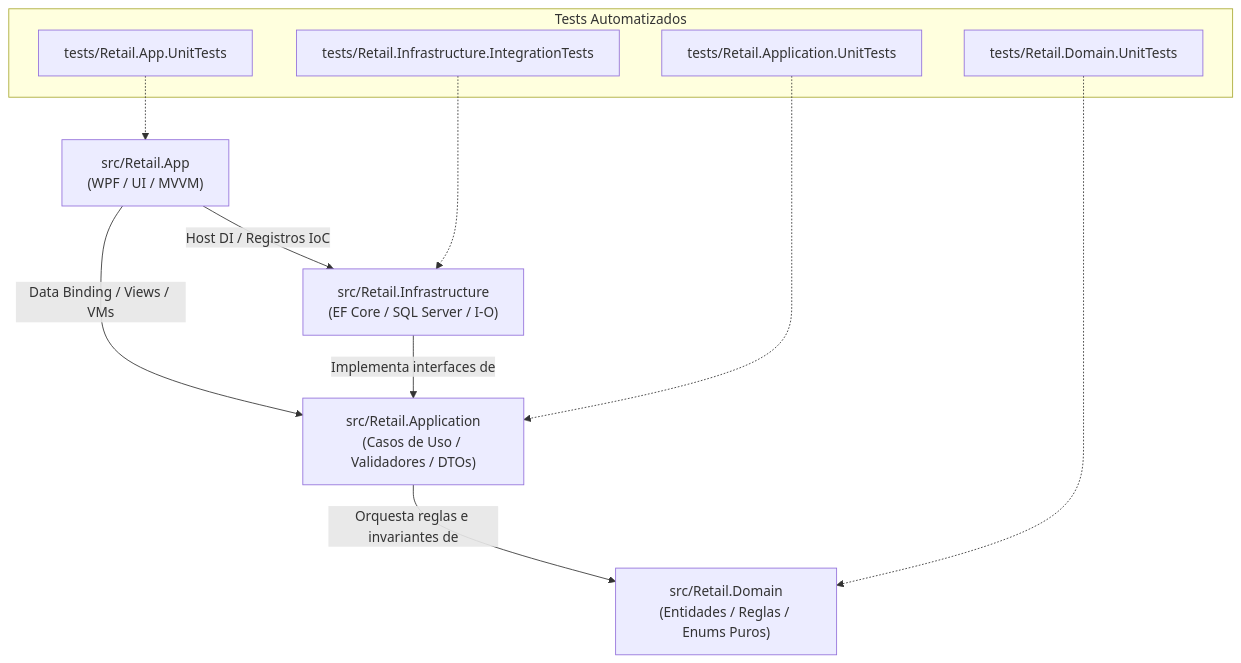
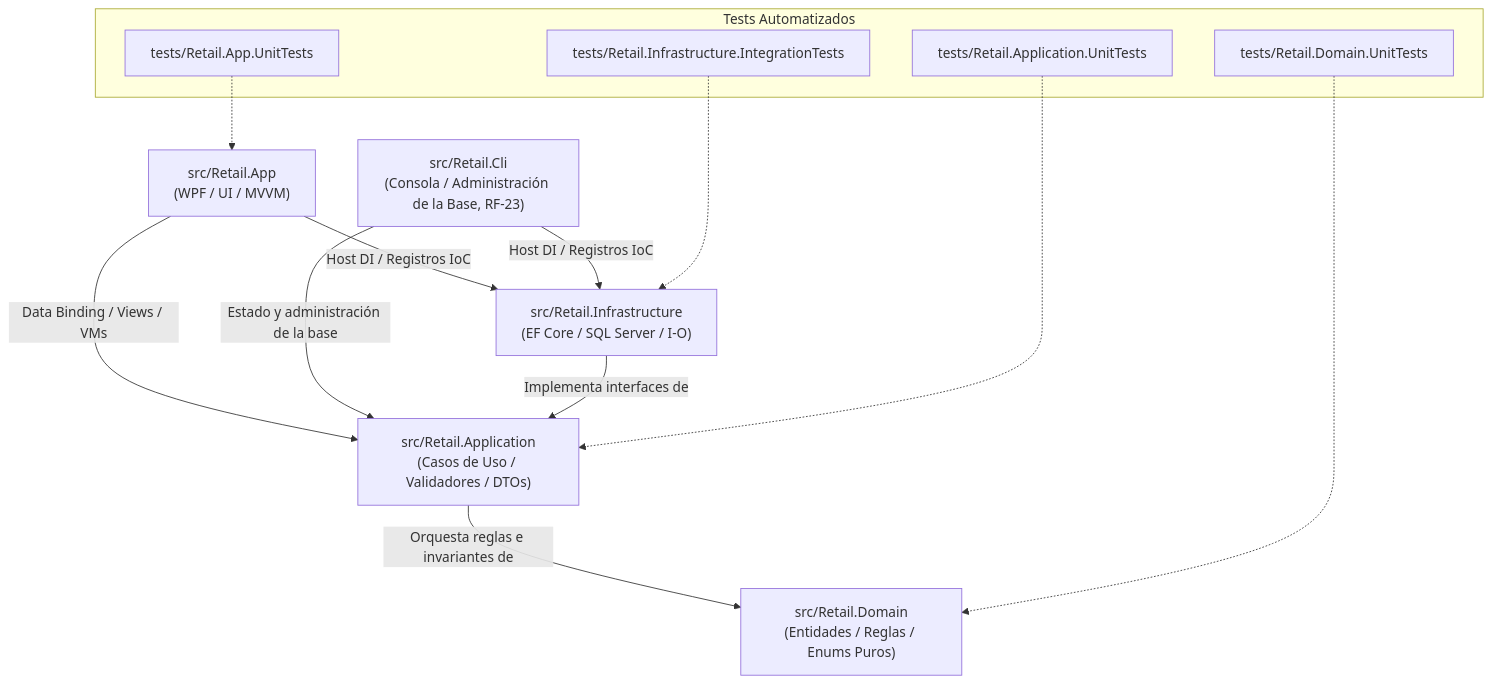
Before and after one commit to lucaskruzolek/retail: the diagram in docs/MAPA_DEL_PROYECTO.md, drawn with Mermaid. The commit also changed other lines of this file and 51 other files, not shown here.

First line of the commit message:
feat(restore): restauración sobre base temporal con intercambio y Retail.Cli restaurar

````diff
--- a/docs/MAPA_DEL_PROYECTO.md
+++ b/docs/MAPA_DEL_PROYECTO.md
@@ -10,24 +10,27 @@
 ```mermaid
 graph TD
     APP["src/Retail.App\n(WPF / UI / MVVM)"]
+    CLI["src/Retail.Cli\n(Consola / Administración de la Base, RF-23)"]
     INFRA["src/Retail.Infrastructure\n(EF Core / SQL Server / I-O)"]
     CORE["src/Retail.Application\n(Casos de Uso / Validadores / DTOs)"]
     DOM["src/Retail.Domain\n(Entidades / Reglas / Enums Puros)"]
 
     APP -->|Data Binding / Views / VMs| CORE
     APP -->|Host DI / Registros IoC| INFRA
+    CLI -->|Estado y administración de la base| CORE
+    CLI -->|Host DI / Registros IoC| INFRA
     INFRA -->|Implementa interfaces de| CORE
     CORE -->|Orquesta reglas e invariantes de| DOM
 
     subgraph "Tests Automatizados"
         T_DOM["tests/Retail.Domain.UnitTests"]
         T_APP["tests/Retail.Application.UnitTests"]
         T_INFRA["tests/Retail.Infrastructure.IntegrationTests"]
         T_UI["tests/Retail.App.UnitTests"]
     end
 
     T_DOM -.-> DOM
     T_APP -.-> CORE
     T_INFRA -.-> INFRA
     T_UI -.-> APP
 ```
````
